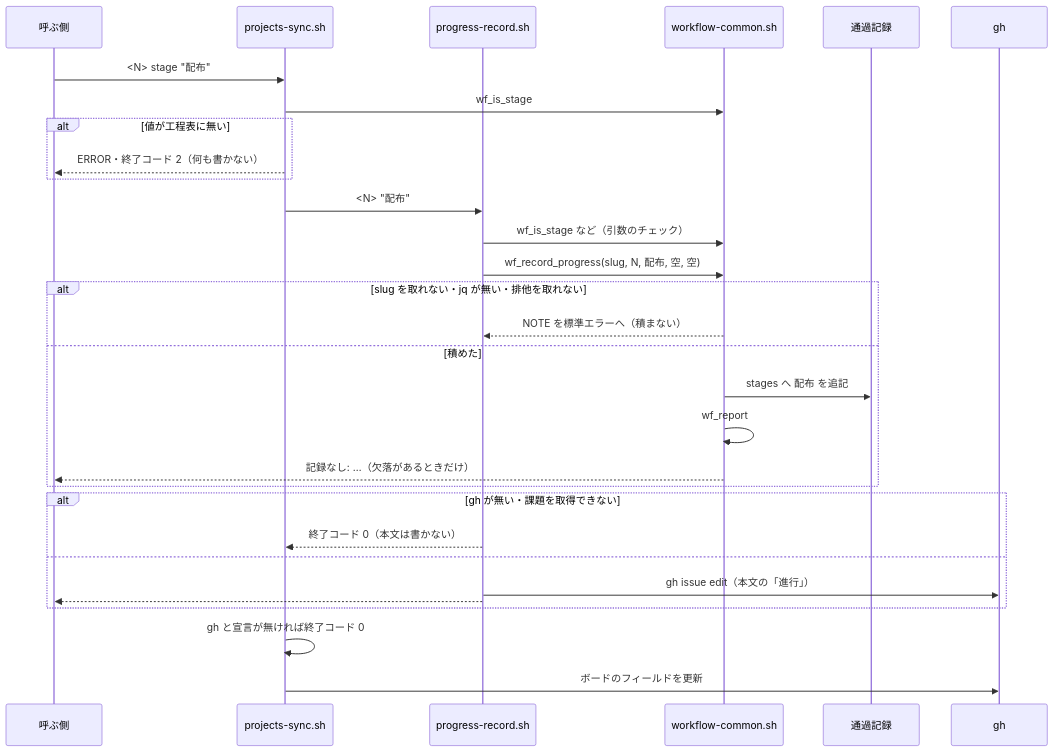
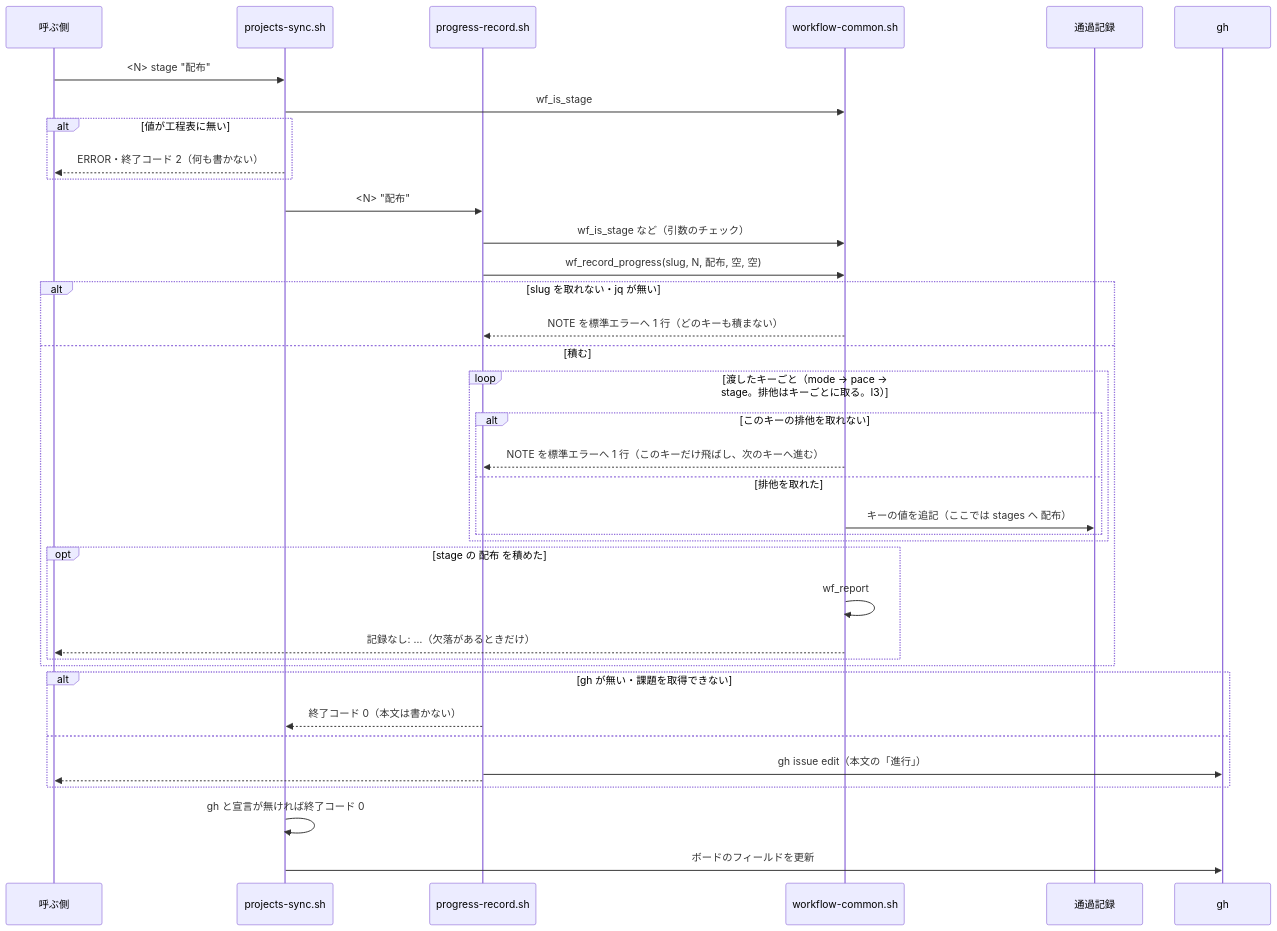
Before and after one commit to devbasex/ai-plugins: the fourth of 5 diagrams in issues/issue-725-design.md, drawn with Mermaid. The commit also changed other lines of this file, not shown here.

Commit message:
docs(issue-725): シーケンス図とテスト設計を I3 のキーごとの排他に揃える

````diff
--- a/issues/issue-725-design.md
+++ b/issues/issue-725-design.md
@@ -294,32 +294,40 @@
 ```mermaid
 sequenceDiagram
     participant C as 呼ぶ側
     participant PS as projects-sync.sh
     participant PR as progress-record.sh
     participant WC as workflow-common.sh
     participant ST as 通過記録
     participant GH as gh
     C->>PS: <N> stage "配布"
     PS->>WC: wf_is_stage
     alt 値が工程表に無い
         PS-->>C: ERROR・終了コード 2（何も書かない）
     end
     PS->>PR: <N> "配布"
     PR->>WC: wf_is_stage など（引数のチェック）
     PR->>WC: wf_record_progress(slug, N, 配布, 空, 空)
-    alt slug を取れない・jq が無い・排他を取れない
-        WC-->>PR: NOTE を標準エラーへ（積まない）
-    else 積めた
-        WC->>ST: stages へ 配布 を追記
-        WC->>WC: wf_report
-        WC-->>C: 記録なし: …（欠落があるときだけ）
+    alt slug を取れない・jq が無い
+        WC-->>PR: NOTE を標準エラーへ 1 行（どのキーも積まない）
+    else 積む
+        loop 渡したキーごと（mode → pace → stage。排他はキーごとに取る。I3）
+            alt このキーの排他を取れない
+                WC-->>PR: NOTE を標準エラーへ 1 行（このキーだけ飛ばし、次のキーへ進む）
+            else 排他を取れた
+                WC->>ST: キーの値を追記（ここでは stages へ 配布）
+            end
+        end
+        opt stage の 配布 を積めた
+            WC->>WC: wf_report
+            WC-->>C: 記録なし: …（欠落があるときだけ）
+        end
     end
     alt gh が無い・課題を取得できない
         PR-->>PS: 終了コード 0（本文は書かない）
     else
         PR->>GH: gh issue edit（本文の「進行」）
         PR-->>C: #N 進行 = 配布
     end
     PS->>PS: gh と宣言が無ければ終了コード 0
     PS->>GH: ボードのフィールドを更新
 ```
````
